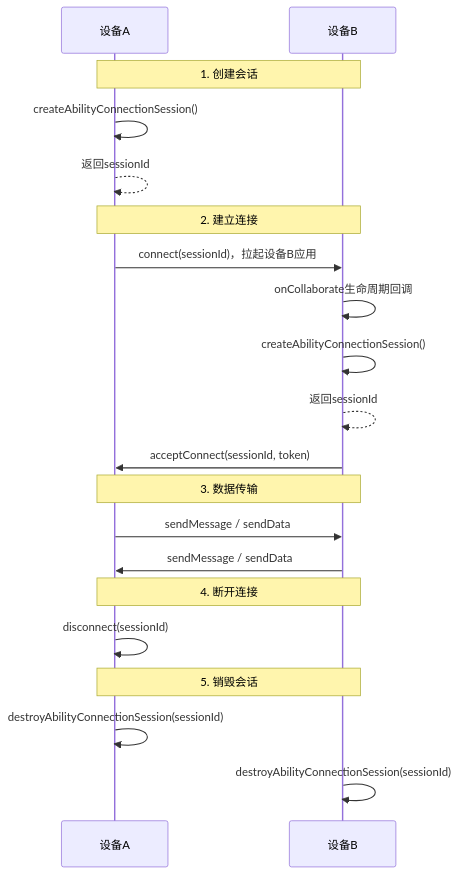
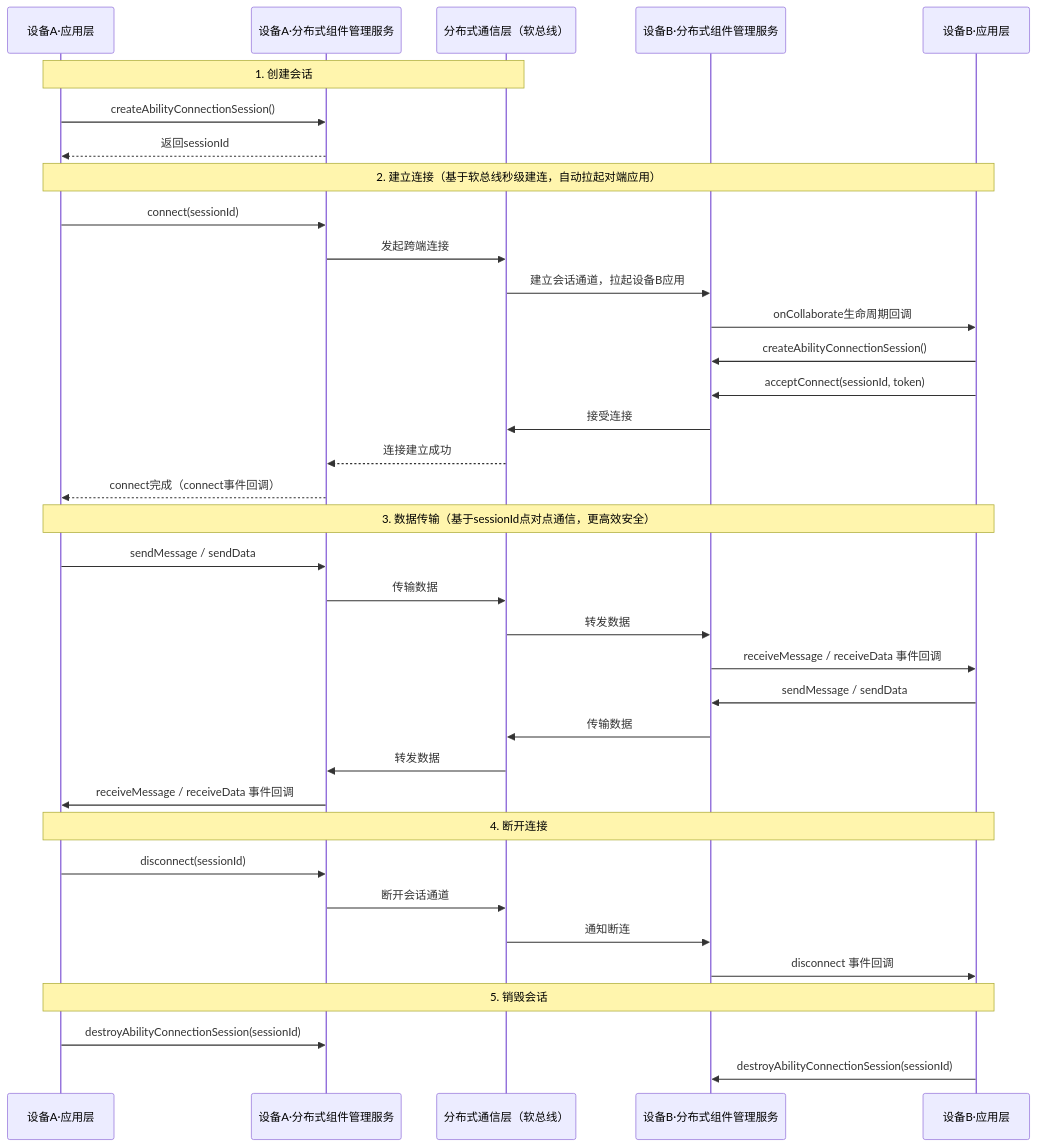
The diagram in zh-cn/application-dev/reference/apis-distributedservice-kit/js-apis-distributed-abilityConnectionManager.md (openharmony-rs/openharmony-docs), drawn with Mermaid before and after one commit. The commit also changed other lines of this file, not shown here.

Commit message:
fix diagram

🤖‍ AI[83%] 👌 AI Adopted[83%] 🧑 Human[17%]

````diff
--- a/zh-cn/application-dev/reference/apis-distributedservice-kit/js-apis-distributed-abilityConnectionManager.md
+++ b/zh-cn/application-dev/reference/apis-distributedservice-kit/js-apis-distributed-abilityConnectionManager.md
@@ -13,27 +13,43 @@
 ```mermaid
 sequenceDiagram
-    participant A as 设备A
-    participant B as 设备B
+    participant AppA as 设备A·应用层
+    participant FrameA as 设备A·分布式组件管理服务
+    participant Bus as 分布式通信层（软总线）
+    participant FrameB as 设备B·分布式组件管理服务
+    participant AppB as 设备B·应用层
 
-    Note over A,B: 1. 创建会话
-    A->>A: createAbilityConnectionSession()
-    A-->>A: 返回sessionId
+    Note over AppA,Bus: 1. 创建会话
+    AppA->>FrameA: createAbilityConnectionSession()
+    FrameA-->>AppA: 返回sessionId
 
-    Note over A,B: 2. 建立连接
-    A->>B: connect(sessionId)，拉起设备B应用
-    B->>B: onCollaborate生命周期回调
-    B->>B: createAbilityConnectionSession()
-    B-->>B: 返回sessionId
-    B->>A: acceptConnect(sessionId, token)
+    Note over AppA,AppB: 2. 建立连接（基于软总线秒级建连，自动拉起对端应用）
+    AppA->>FrameA: connect(sessionId)
+    FrameA->>Bus: 发起跨端连接
+    Bus->>FrameB: 建立会话通道，拉起设备B应用
+    FrameB->>AppB: onCollaborate生命周期回调
+    AppB->>FrameB: createAbilityConnectionSession()
+    AppB->>FrameB: acceptConnect(sessionId, token)
+    FrameB->>Bus: 接受连接
+    Bus-->>FrameA: 连接建立成功
+    FrameA-->>AppA: connect完成（connect事件回调）
 
-    Note over A,B: 3. 数据传输
-    A->>B: sendMessage / sendData
-    B->>A: sendMessage / sendData
+    Note over AppA,AppB: 3. 数据传输（基于sessionId点对点通信，更高效安全）
+    AppA->>FrameA: sendMessage / sendData
+    FrameA->>Bus: 传输数据
+    Bus->>FrameB: 转发数据
+    FrameB->>AppB: receiveMessage / receiveData 事件回调
+    AppB->>FrameB: sendMessage / sendData
+    FrameB->>Bus: 传输数据
+    Bus->>FrameA: 转发数据
+    FrameA->>AppA: receiveMessage / receiveData 事件回调
 
-    Note over A,B: 4. 断开连接
-    A->>A: disconnect(sessionId)
+    Note over AppA,AppB: 4. 断开连接
+    AppA->>FrameA: disconnect(sessionId)
+    FrameA->>Bus: 断开会话通道
+    Bus->>FrameB: 通知断连
+    FrameB->>AppB: disconnect 事件回调
 
-    Note over A,B: 5. 销毁会话
-    A->>A: destroyAbilityConnectionSession(sessionId)
-    B->>B: destroyAbilityConnectionSession(sessionId)
+    Note over AppA,AppB: 5. 销毁会话
+    AppA->>FrameA: destroyAbilityConnectionSession(sessionId)
+    AppB->>FrameB: destroyAbilityConnectionSession(sessionId)
 ```
````
